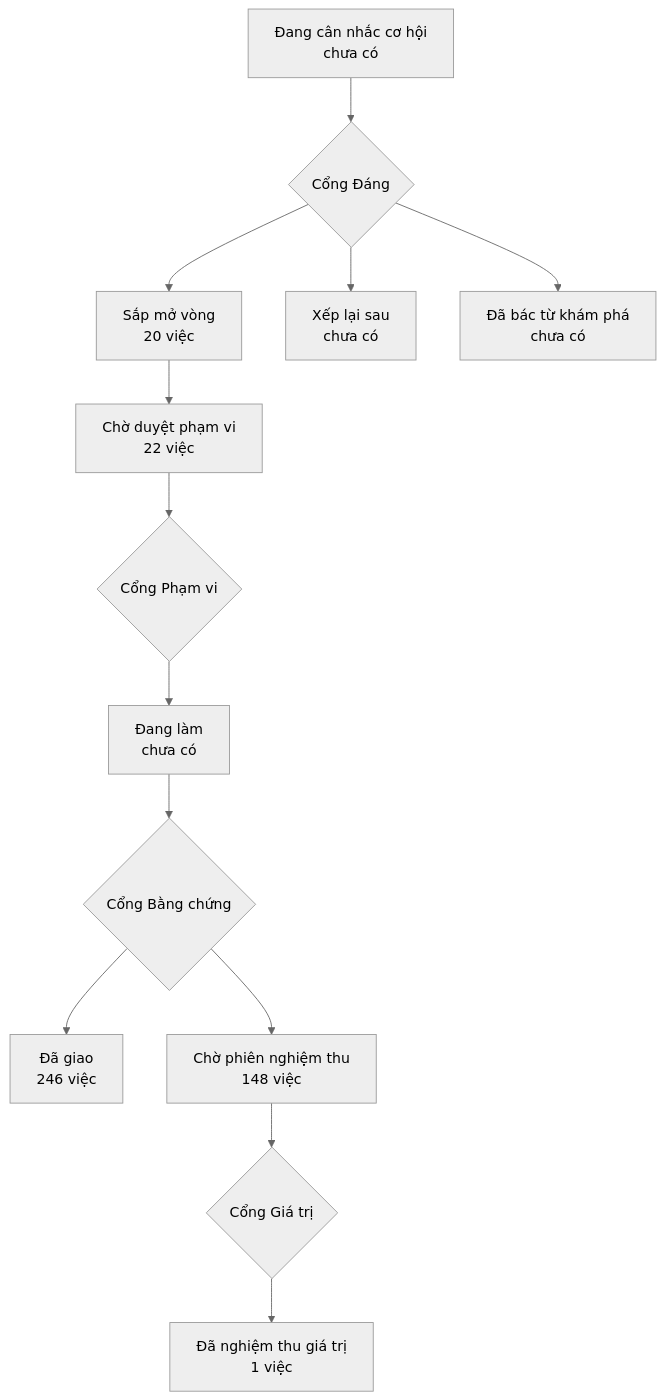
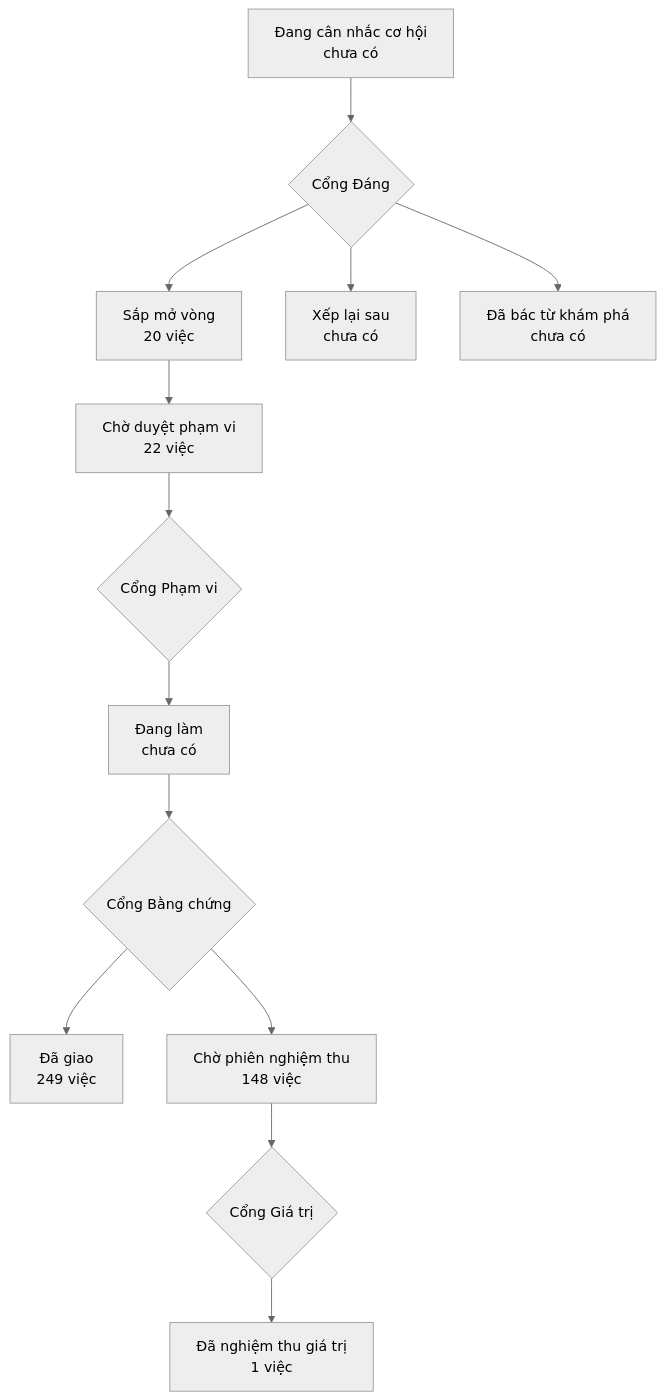
One commit to phanlemanh/onehub-invest changed the diagram in PRODUCT-MAP.md. Above: the diagram before and after it, drawn with Mermaid (neutral theme). The commit also changed other lines of this file and 1 other file, not shown here.

````diff
--- a/PRODUCT-MAP.md
+++ b/PRODUCT-MAP.md
@@ -7,12 +7,12 @@
 ```mermaid
 flowchart TD
   A["Đang cân nhắc cơ hội<br/>chưa có"] --> GD{"Cổng Đáng"}
   GD --> B["Sắp mở vòng<br/>20 việc"]
   GD --> XL["Xếp lại sau<br/>chưa có"]
   GD --> DB["Đã bác từ khám phá<br/>chưa có"]
   B --> CD["Chờ duyệt phạm vi<br/>22 việc"] --> GP{"Cổng Phạm vi"}
   GP --> DL["Đang làm<br/>chưa có"] --> GB{"Cổng Bằng chứng"}
-  GB --> DG["Đã giao<br/>246 việc"]
+  GB --> DG["Đã giao<br/>249 việc"]
   GB --> CN["Chờ phiên nghiệm thu<br/>148 việc"] --> GG{"Cổng Giá trị"}
   GG --> NT["Đã nghiệm thu giá trị<br/>1 việc"]
 ```
````
